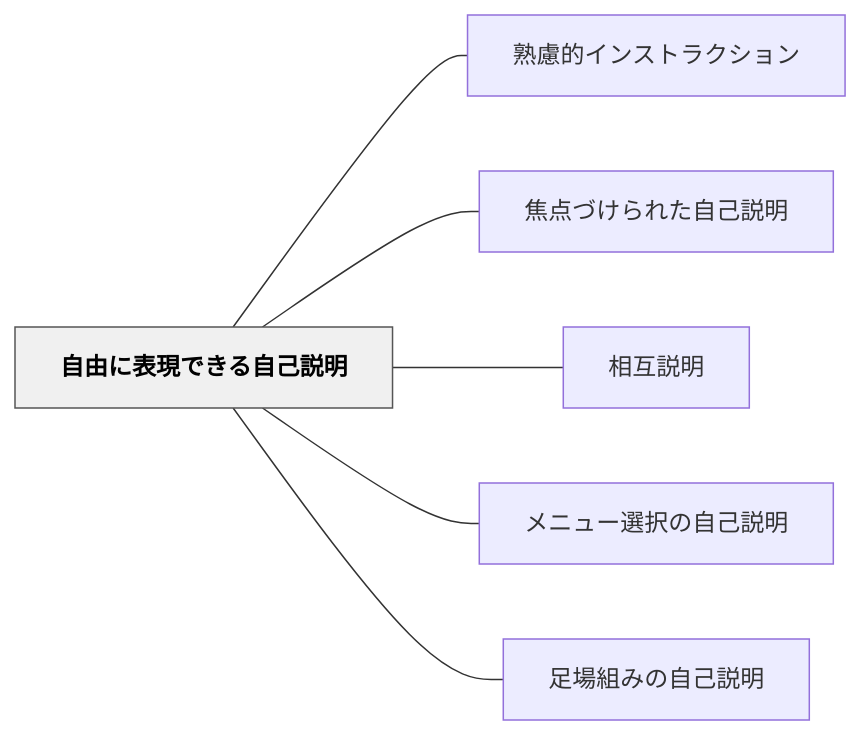
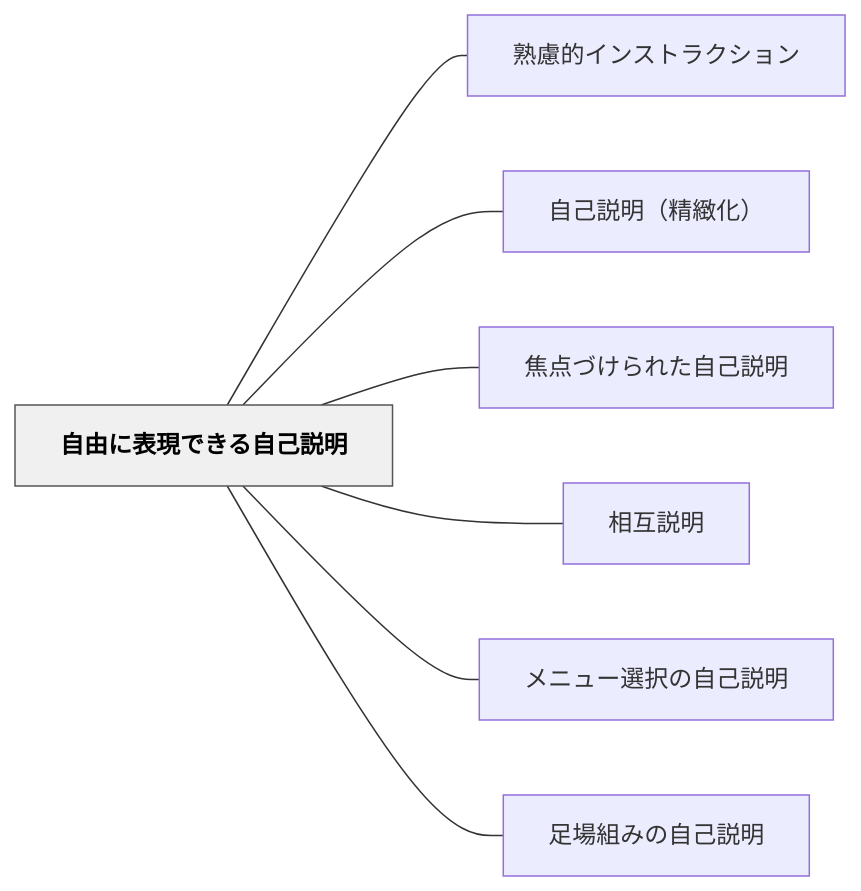
Before and after one commit to unknownthings-ed-patterns/unknownthings-ed-patterns: the diagram in content/パタン/自由に表現できる自己説明.md, drawn with Mermaid. The commit also changed other lines of this file and 19 other files, not shown here.

````diff
--- a/content/パタン/自由に表現できる自己説明.md
+++ b/content/パタン/自由に表現できる自己説明.md
@@ -36,18 +36,20 @@
 ```mermaid
 flowchart LR
     ne887aae794b1e381abe8a1a8e78fbee381a7e3818de3828be887aae5b7b1e8aaace6988e["自由に表現できる自己説明"]
     ne7869fe685aee79a84e382a4e383b3e382b9e38388e383a9e382afe382b7e383a7e383b3["熟慮的インストラクション"]
+    ne887aae5b7b1e8aaace6988eefbc88e7b2bee7b7bbe58c96efbc89["自己説明（精緻化）"]
     ne784a6e782b9e381a5e38191e38289e3828ce3819fe887aae5b7b1e8aaace6988e["焦点づけられた自己説明"]
     ne79bb8e4ba92e8aaace6988e["相互説明"]
     ne383a1e3838be383a5e383bce981b8e68a9ee381aee887aae5b7b1e8aaace6988e["メニュー選択の自己説明"]
     ne8b6b3e5a0b4e7b584e381bfe381aee887aae5b7b1e8aaace6988e["足場組みの自己説明"]
 
     ne887aae794b1e381abe8a1a8e78fbee381a7e3818de3828be887aae5b7b1e8aaace6988e --- ne7869fe685aee79a84e382a4e383b3e382b9e38388e383a9e382afe382b7e383a7e383b3
+    ne887aae794b1e381abe8a1a8e78fbee381a7e3818de3828be887aae5b7b1e8aaace6988e --- ne887aae5b7b1e8aaace6988eefbc88e7b2bee7b7bbe58c96efbc89
     ne887aae794b1e381abe8a1a8e78fbee381a7e3818de3828be887aae5b7b1e8aaace6988e --- ne784a6e782b9e381a5e38191e38289e3828ce3819fe887aae5b7b1e8aaace6988e
     ne887aae794b1e381abe8a1a8e78fbee381a7e3818de3828be887aae5b7b1e8aaace6988e --- ne79bb8e4ba92e8aaace6988e
     ne887aae794b1e381abe8a1a8e78fbee381a7e3818de3828be887aae5b7b1e8aaace6988e --- ne383a1e3838be383a5e383bce981b8e68a9ee381aee887aae5b7b1e8aaace6988e
     ne887aae794b1e381abe8a1a8e78fbee381a7e3818de3828be887aae5b7b1e8aaace6988e --- ne8b6b3e5a0b4e7b584e381bfe381aee887aae5b7b1e8aaace6988e
 
     classDef hub fill:#f0f0f0,stroke:#555,color:#000,font-weight:bold
     class ne887aae794b1e381abe8a1a8e78fbee381a7e3818de3828be887aae5b7b1e8aaace6988e hub
 ```
````
